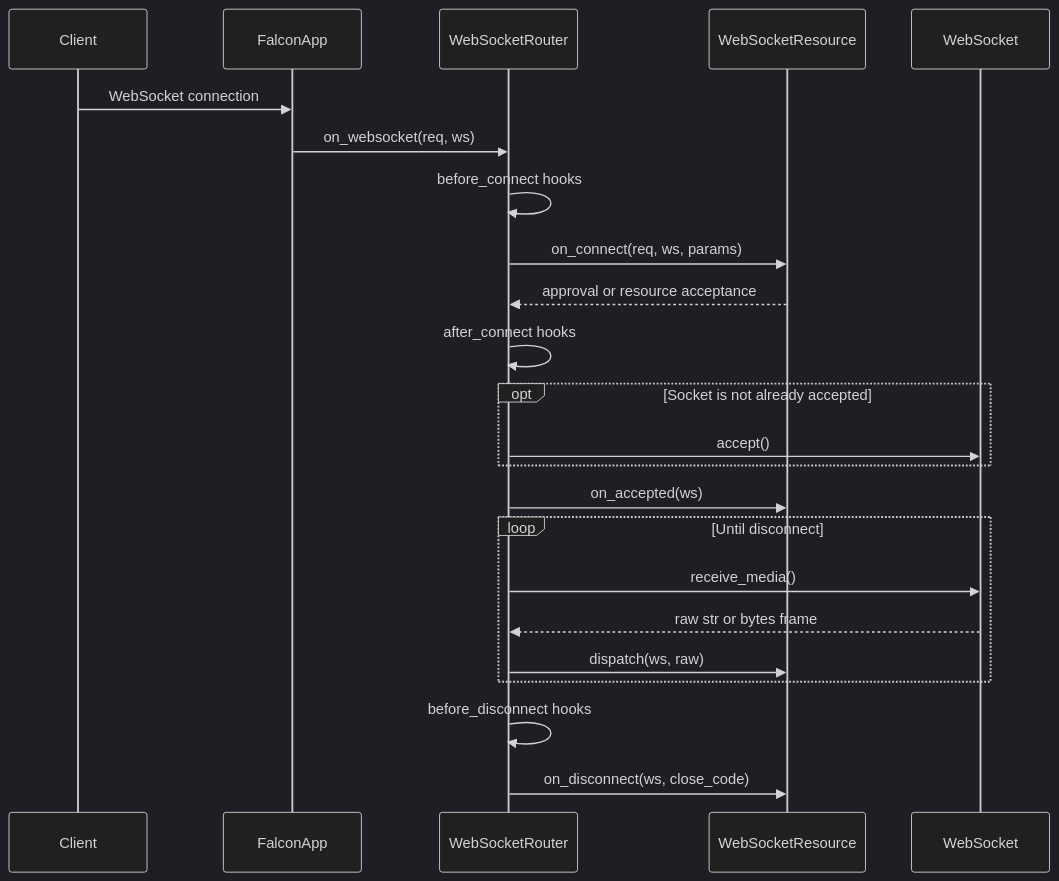
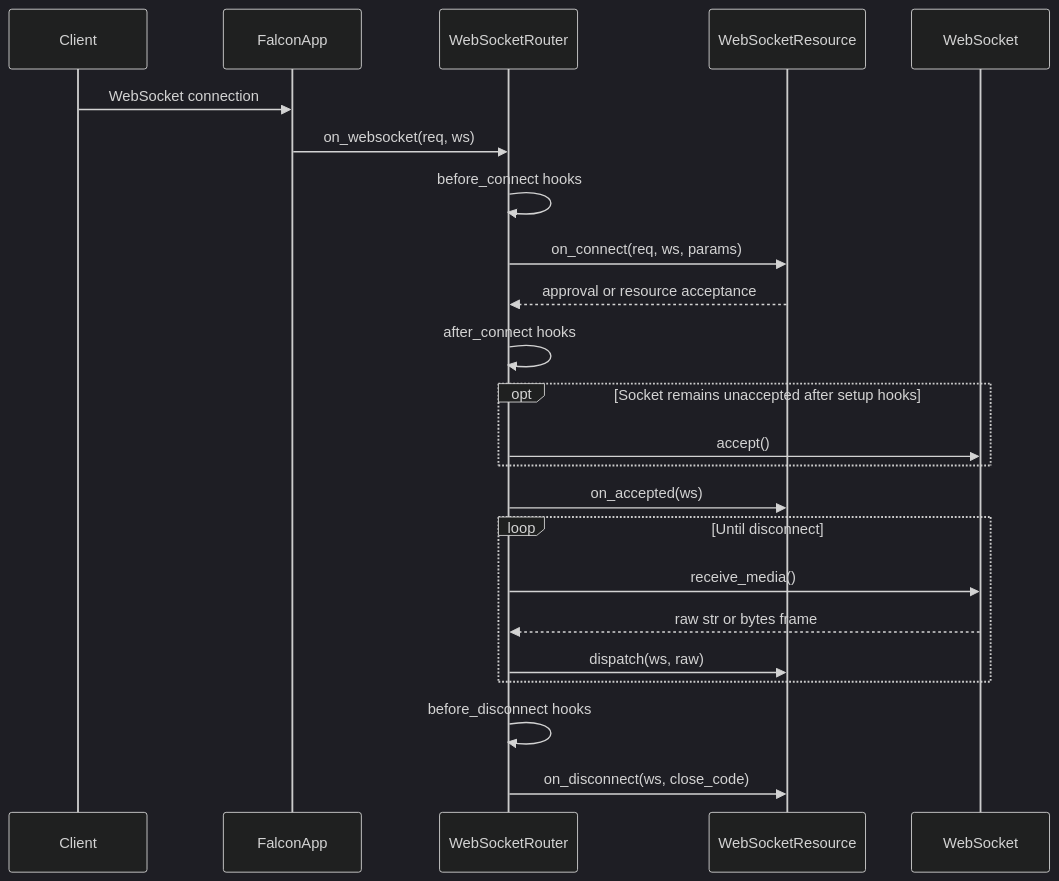
The second of 20 diagrams in docs/falcon-websocket-extension-design.md (leynos/falcon-pachinko), drawn with Mermaid (dark theme) before and after one commit.

Commit message:
Clarify conditional WebSocket acceptance (#177)
Show resource-owned acceptance in the lifecycle diagrams and captions, and
show router acceptance only when setup leaves the socket unaccepted.

This keeps the design contract consistent with the router's acceptance
probe and avoids documenting a second accept for resources that accept in
`on_connect`.

````diff
--- a/docs/falcon-websocket-extension-design.md
+++ b/docs/falcon-websocket-extension-design.md
@@ -96,35 +96,35 @@
 ```mermaid
 sequenceDiagram
     accTitle: Falcon WebSocket responder lifecycle
     accDescr {
         With receive_loop enabled, Falcon routes the connection to
         WebSocketRouter, which calls on_connect before accepting. After
         acceptance it calls on_accepted, then receives and dispatches frames
         until disconnect. Cleanup runs before_disconnect hooks before the
         resource's on_disconnect hook.
     }
 
     participant Client
     participant FalconApp
     participant WebSocketRouter
     participant WebSocketResource
     participant WebSocket
 
     Client->>FalconApp: WebSocket connection
     FalconApp->>WebSocketRouter: on_websocket(req, ws)
     WebSocketRouter->>WebSocketRouter: before_connect hooks
     WebSocketRouter->>WebSocketResource: on_connect(req, ws, params)
     WebSocketResource-->>WebSocketRouter: approval or resource acceptance
     WebSocketRouter->>WebSocketRouter: after_connect hooks
-    opt Socket is not already accepted
+    opt Socket remains unaccepted after setup hooks
         WebSocketRouter->>WebSocket: accept()
     end
     WebSocketRouter->>WebSocketResource: on_accepted(ws)
     loop Until disconnect
         WebSocketRouter->>WebSocket: receive_media()
         WebSocket-->>WebSocketRouter: raw str or bytes frame
         WebSocketRouter->>WebSocketResource: dispatch(ws, raw)
     end
     WebSocketRouter->>WebSocketRouter: before_disconnect hooks
     WebSocketRouter->>WebSocketResource: on_disconnect(ws, close_code)
 ```
````
